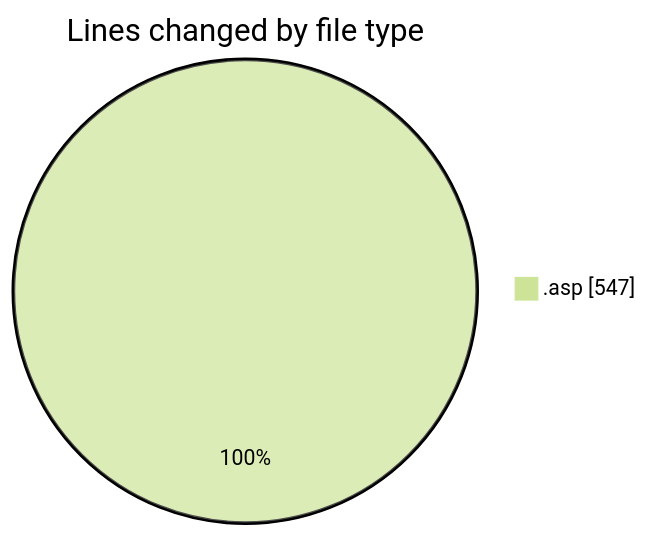
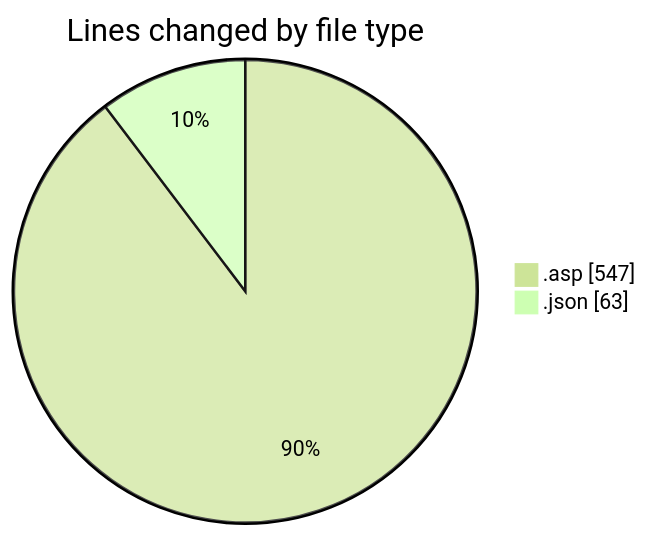
One commit to julien-gomy/code-tracking changed the first of 2 diagrams in 2025-10-20/usr_aleoudev_fr__workspace_/README.md. Above: the diagram before and after it, drawn with Mermaid (forest theme). The commit also changed other lines of this file and 1 other file, not shown here.

````diff
--- a/2025-10-20/usr_aleoudev_fr__workspace_/README.md
+++ b/2025-10-20/usr_aleoudev_fr__workspace_/README.md
@@ -21,5 +22,6 @@
 ```mermaid
 pie showData
 title Lines changed by file type
 ".asp" : 547
+".json" : 63
 ```
````
